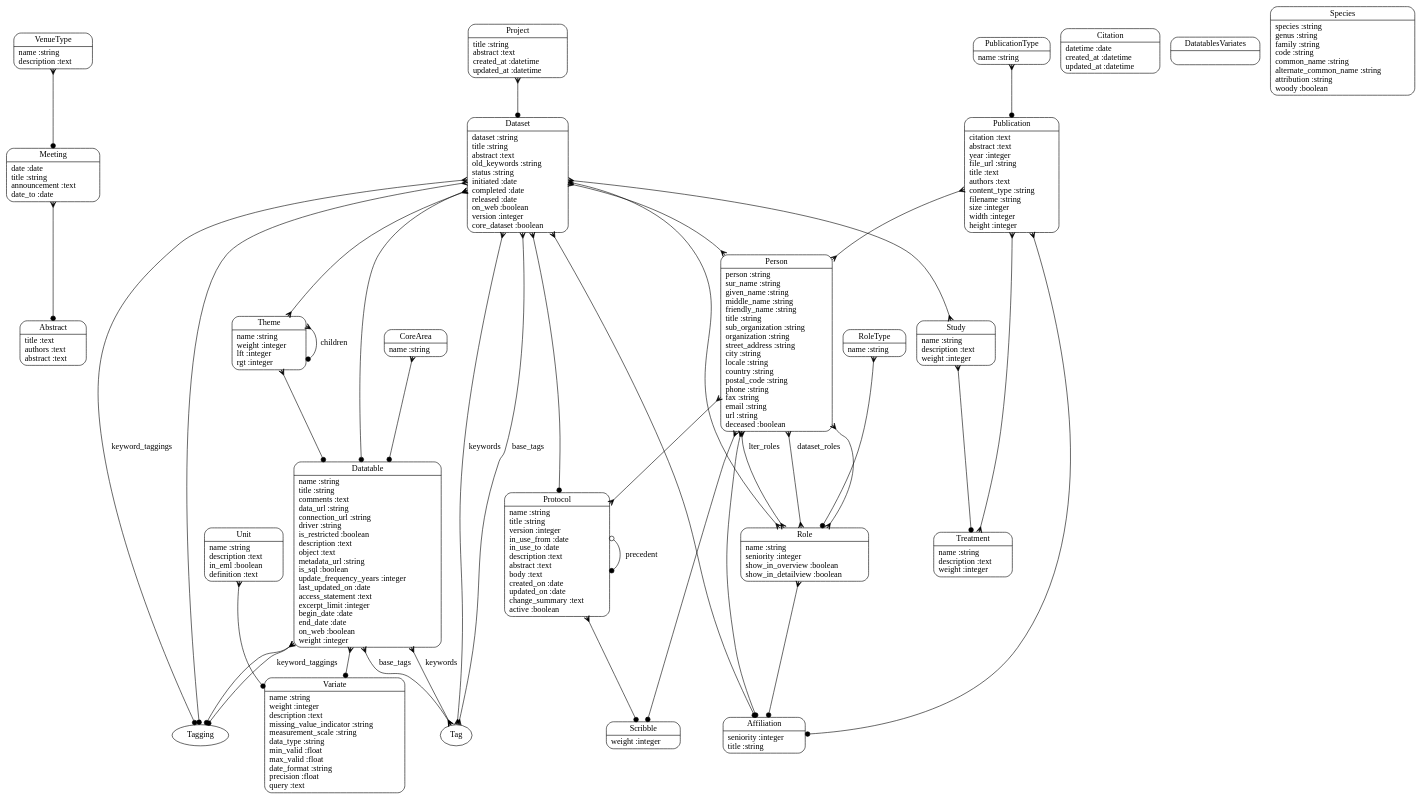
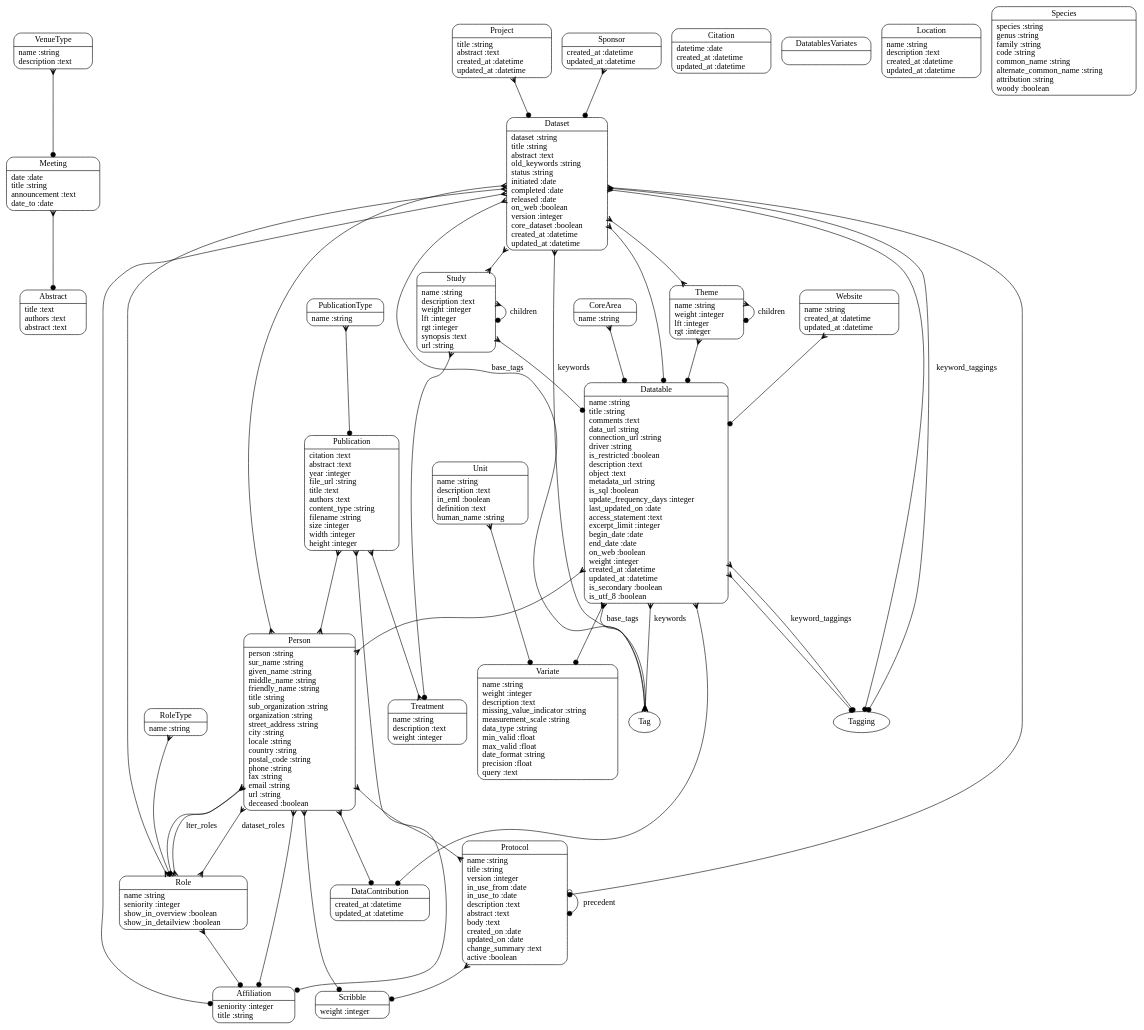
The diagram in doc/models.dot (kf8a/metadata), drawn with Graphviz before and after one commit. The commit also changed 4 other files, not shown here.

```diff
--- a/doc/models.dot
+++ b/doc/models.dot
@@ -1,64 +1,75 @@
 digraph models_diagram {
 	graph[overlap=false, splines=true]
 	"Abstract" [shape=Mrecord, label="{Abstract|title :text\lauthors :text\labstract :text\l}"]
 	"Affiliation" [shape=Mrecord, label="{Affiliation|seniority :integer\ltitle :string\l}"]
 	"Citation" [shape=Mrecord, label="{Citation|datetime :date\lcreated_at :datetime\lupdated_at :datetime\l}"]
 	"CoreArea" [shape=Mrecord, label="{CoreArea|name :string\l}"]
-	"Dataset" [shape=Mrecord, label="{Dataset|dataset :string\ltitle :string\labstract :text\lold_keywords :string\lstatus :string\linitiated :date\lcompleted :date\lreleased :date\lon_web :boolean\lversion :integer\lcore_dataset :boolean\l}"]
-	"Datatable" [shape=Mrecord, label="{Datatable|name :string\ltitle :string\lcomments :text\ldata_url :string\lconnection_url :string\ldriver :string\lis_restricted :boolean\ldescription :text\lobject :text\lmetadata_url :string\lis_sql :boolean\lupdate_frequency_years :integer\llast_updated_on :date\laccess_statement :text\lexcerpt_limit :integer\lbegin_date :date\lend_date :date\lon_web :boolean\lweight :integer\l}"]
+	"DataContribution" [shape=Mrecord, label="{DataContribution|created_at :datetime\lupdated_at :datetime\l}"]
+	"Dataset" [shape=Mrecord, label="{Dataset|dataset :string\ltitle :string\labstract :text\lold_keywords :string\lstatus :string\linitiated :date\lcompleted :date\lreleased :date\lon_web :boolean\lversion :integer\lcore_dataset :boolean\lcreated_at :datetime\lupdated_at :datetime\l}"]
+	"Datatable" [shape=Mrecord, label="{Datatable|name :string\ltitle :string\lcomments :text\ldata_url :string\lconnection_url :string\ldriver :string\lis_restricted :boolean\ldescription :text\lobject :text\lmetadata_url :string\lis_sql :boolean\lupdate_frequency_days :integer\llast_updated_on :date\laccess_statement :text\lexcerpt_limit :integer\lbegin_date :date\lend_date :date\lon_web :boolean\lweight :integer\lcreated_at :datetime\lupdated_at :datetime\lis_secondary :boolean\lis_utf_8 :boolean\l}"]
 	"DatatablesVariates" [shape=Mrecord, label="{DatatablesVariates|\l}"]
+	"Location" [shape=Mrecord, label="{Location|name :string\ldescription :text\lcreated_at :datetime\lupdated_at :datetime\l}"]
 	"Meeting" [shape=Mrecord, label="{Meeting|date :date\ltitle :string\lannouncement :text\ldate_to :date\l}"]
 	"Person" [shape=Mrecord, label="{Person|person :string\lsur_name :string\lgiven_name :string\lmiddle_name :string\lfriendly_name :string\ltitle :string\lsub_organization :string\lorganization :string\lstreet_address :string\lcity :string\llocale :string\lcountry :string\lpostal_code :string\lphone :string\lfax :string\lemail :string\lurl :string\ldeceased :boolean\l}"]
 	"Project" [shape=Mrecord, label="{Project|title :string\labstract :text\lcreated_at :datetime\lupdated_at :datetime\l}"]
 	"Protocol" [shape=Mrecord, label="{Protocol|name :string\ltitle :string\lversion :integer\lin_use_from :date\lin_use_to :date\ldescription :text\labstract :text\lbody :text\lcreated_on :date\lupdated_on :date\lchange_summary :text\lactive :boolean\l}"]
 	"Publication" [shape=Mrecord, label="{Publication|citation :text\labstract :text\lyear :integer\lfile_url :string\ltitle :text\lauthors :text\lcontent_type :string\lfilename :string\lsize :integer\lwidth :integer\lheight :integer\l}"]
 	"PublicationType" [shape=Mrecord, label="{PublicationType|name :string\l}"]
 	"Role" [shape=Mrecord, label="{Role|name :string\lseniority :integer\lshow_in_overview :boolean\lshow_in_detailview :boolean\l}"]
 	"RoleType" [shape=Mrecord, label="{RoleType|name :string\l}"]
 	"Scribble" [shape=Mrecord, label="{Scribble|weight :integer\l}"]
 	"Species" [shape=Mrecord, label="{Species|species :string\lgenus :string\lfamily :string\lcode :string\lcommon_name :string\lalternate_common_name :string\lattribution :string\lwoody :boolean\l}"]
-	"Study" [shape=Mrecord, label="{Study|name :string\ldescription :text\lweight :integer\l}"]
+	"Sponsor" [shape=Mrecord, label="{Sponsor|created_at :datetime\lupdated_at :datetime\l}"]
+	"Study" [shape=Mrecord, label="{Study|name :string\ldescription :text\lweight :integer\llft :integer\lrgt :integer\lsynopsis :text\lurl :string\l}"]
 	"Theme" [shape=Mrecord, label="{Theme|name :string\lweight :integer\llft :integer\lrgt :integer\l}"]
 	"Treatment" [shape=Mrecord, label="{Treatment|name :string\ldescription :text\lweight :integer\l}"]
-	"Unit" [shape=Mrecord, label="{Unit|name :string\ldescription :text\lin_eml :boolean\ldefinition :text\l}"]
+	"Unit" [shape=Mrecord, label="{Unit|name :string\ldescription :text\lin_eml :boolean\ldefinition :text\lhuman_name :string\l}"]
 	"Variate" [shape=Mrecord, label="{Variate|name :string\lweight :integer\ldescription :text\lmissing_value_indicator :string\lmeasurement_scale :string\ldata_type :string\lmin_valid :float\lmax_valid :float\ldate_format :string\lprecision :float\lquery :text\l}"]
 	"VenueType" [shape=Mrecord, label="{VenueType|name :string\ldescription :text\l}"]
+	"Website" [shape=Mrecord, label="{Website|name :string\lcreated_at :datetime\lupdated_at :datetime\l}"]
 	"CoreArea" -> "Datatable" [arrowtail=crow, arrowhead=dot, dir=both]
 	"Dataset" -> "Datatable" [arrowtail=crow, arrowhead=dot, dir=both]
 	"Dataset" -> "Protocol" [arrowtail=crow, arrowhead=dot, dir=both]
 	"Dataset" -> "Person" [arrowtail=crow, arrowhead=crow, dir=both]
 	"Dataset" -> "Affiliation" [arrowtail=crow, arrowhead=dot, dir=both]
 	"Dataset" -> "Role" [arrowtail=crow, arrowhead=crow, dir=both]
 	"Dataset" -> "Theme" [arrowtail=crow, arrowhead=crow, dir=both]
 	"Dataset" -> "Study" [arrowtail=crow, arrowhead=crow, dir=both]
+	"Dataset" -> "Tagging" [arrowtail=crow, arrowhead=dot, dir=both]
+	"Dataset" -> "Tag" [label="base_tags", arrowtail=crow, arrowhead=crow, dir=both]
 	"Dataset" -> "Tagging" [label="keyword_taggings", arrowtail=crow, arrowhead=dot, dir=both]
 	"Dataset" -> "Tag" [label="keywords", arrowtail=crow, arrowhead=crow, dir=both]
-	"Dataset" -> "Tagging" [arrowtail=crow, arrowhead=dot, dir=both]
-	"Dataset" -> "Tag" [label="base_tags", arrowtail=crow, arrowhead=crow, dir=both]
 	"Datatable" -> "Variate" [arrowtail=crow, arrowhead=dot, dir=both]
+	"Datatable" -> "DataContribution" [arrowtail=crow, arrowhead=dot, dir=both]
+	"Datatable" -> "Person" [arrowtail=crow, arrowhead=crow, dir=both]
+	"Datatable" -> "Tagging" [arrowtail=crow, arrowhead=dot, dir=both]
+	"Datatable" -> "Tag" [label="base_tags", arrowtail=crow, arrowhead=crow, dir=both]
 	"Datatable" -> "Tagging" [label="keyword_taggings", arrowtail=crow, arrowhead=dot, dir=both]
 	"Datatable" -> "Tag" [label="keywords", arrowtail=crow, arrowhead=crow, dir=both]
-	"Datatable" -> "Tagging" [arrowtail=crow, arrowhead=dot, dir=both]
-	"Datatable" -> "Tag" [label="base_tags", arrowtail=crow, arrowhead=crow, dir=both]
 	"Meeting" -> "Abstract" [arrowtail=crow, arrowhead=dot, dir=both]
 	"Person" -> "Affiliation" [arrowtail=crow, arrowhead=dot, dir=both]
 	"Person" -> "Role" [label="lter_roles", arrowtail=crow, arrowhead=crow, dir=both]
 	"Person" -> "Role" [label="dataset_roles", arrowtail=crow, arrowhead=crow, dir=both]
 	"Person" -> "Scribble" [arrowtail=crow, arrowhead=dot, dir=both]
 	"Person" -> "Protocol" [arrowtail=crow, arrowhead=crow, dir=both]
+	"Person" -> "DataContribution" [arrowtail=crow, arrowhead=dot, dir=both]
 	"Project" -> "Dataset" [arrowtail=crow, arrowhead=dot, dir=both]
 	"Protocol" -> "Scribble" [arrowtail=crow, arrowhead=dot, dir=both]
 	"Protocol" -> "Protocol" [label="precedent", arrowtail=odot, arrowhead=dot, dir=both]
 	"Publication" -> "Affiliation" [arrowtail=crow, arrowhead=dot, dir=both]
 	"Publication" -> "Person" [arrowtail=crow, arrowhead=crow, dir=both]
 	"Publication" -> "Treatment" [arrowtail=crow, arrowhead=crow, dir=both]
 	"PublicationType" -> "Publication" [arrowtail=crow, arrowhead=dot, dir=both]
 	"Role" -> "Person" [arrowtail=crow, arrowhead=crow, dir=both]
 	"Role" -> "Affiliation" [arrowtail=crow, arrowhead=dot, dir=both]
 	"RoleType" -> "Role" [arrowtail=crow, arrowhead=dot, dir=both]
+	"Sponsor" -> "Dataset" [arrowtail=crow, arrowhead=dot, dir=both]
 	"Study" -> "Treatment" [arrowtail=crow, arrowhead=dot, dir=both]
+	"Study" -> "Datatable" [arrowtail=crow, arrowhead=dot, dir=both]
+	"Study" -> "Study" [label="children", arrowtail=crow, arrowhead=dot, dir=both]
 	"Theme" -> "Theme" [label="children", arrowtail=crow, arrowhead=dot, dir=both]
 	"Theme" -> "Datatable" [arrowtail=crow, arrowhead=dot, dir=both]
 	"Unit" -> "Variate" [arrowtail=crow, arrowhead=dot, dir=both]
 	"VenueType" -> "Meeting" [arrowtail=crow, arrowhead=dot, dir=both]
+	"Website" -> "Datatable" [arrowtail=crow, arrowhead=dot, dir=both]
 }
```
